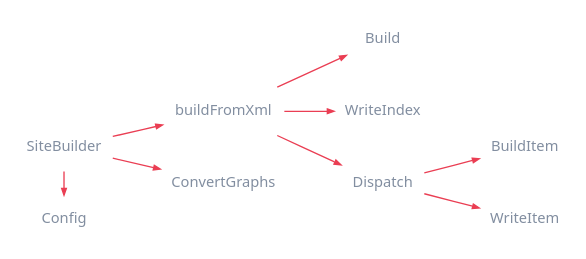
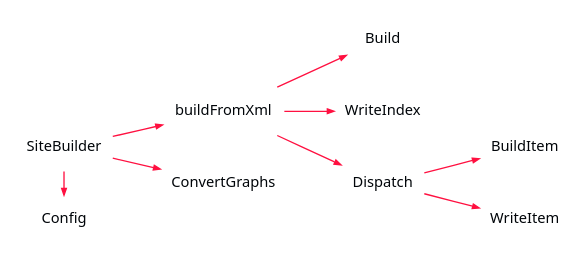
The diagram in Current/images/internal-diagram-3.dot (CharlesCarley/MdDox), drawn with Graphviz before and after one commit. The commit also changed 522 other files, not shown here.

```diff
--- a/Current/images/internal-diagram-3.dot
+++ b/Current/images/internal-diagram-3.dot
@@ -1,26 +1,26 @@
 
 digraph {
      bgcolor = none;
      rankdir = "LR";
      node [
          shape     = none
          fontname  = "Segoe UI"
-         fontcolor = "#828EA0FF"
+         fontcolor = "#010509FF"
          fontsize  = "11"
      ]
      edge [
          arrowsize = "0.5"
-         color     = "#EA3E53FF"
+         color     = "#FF1040FF"
      ]
      SiteBuilder->Config;
 
      {rank=same Config SiteBuilder}
 
      SiteBuilder->buildFromXml
      buildFromXml->Build
      buildFromXml->WriteIndex
      buildFromXml->Dispatch
      Dispatch->BuildItem
      Dispatch->WriteItem
      SiteBuilder->ConvertGraphs
 }
```
